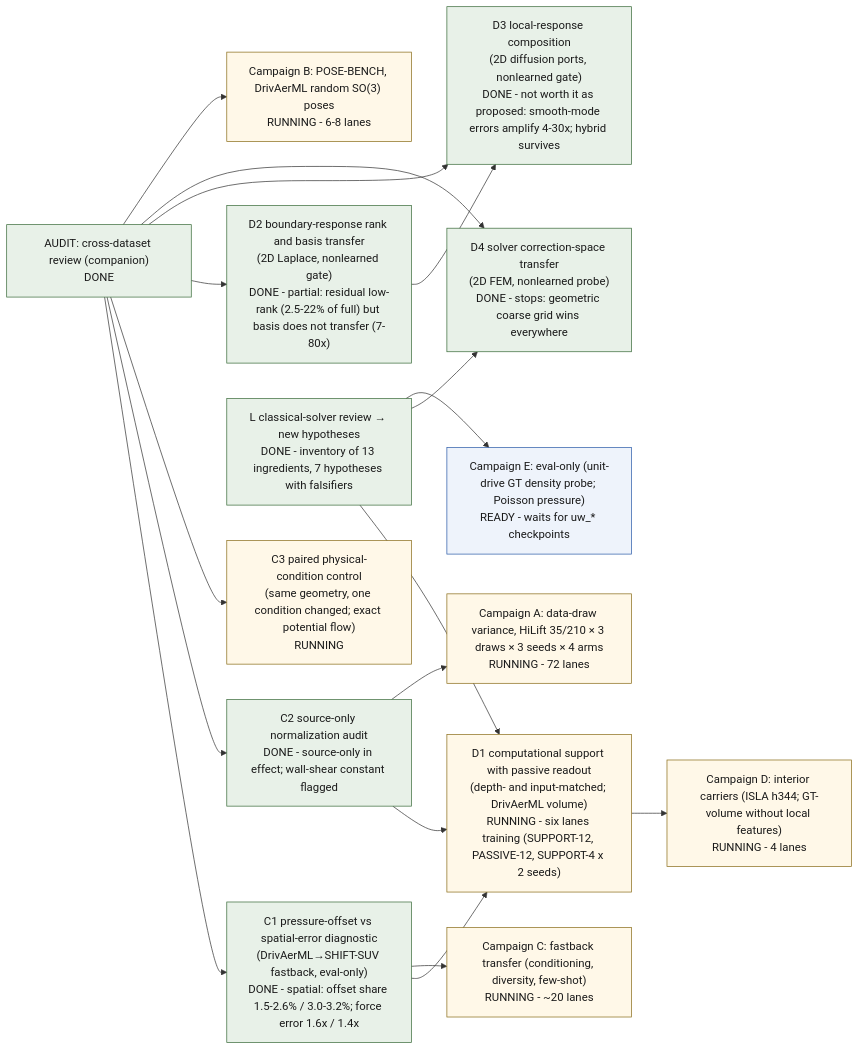
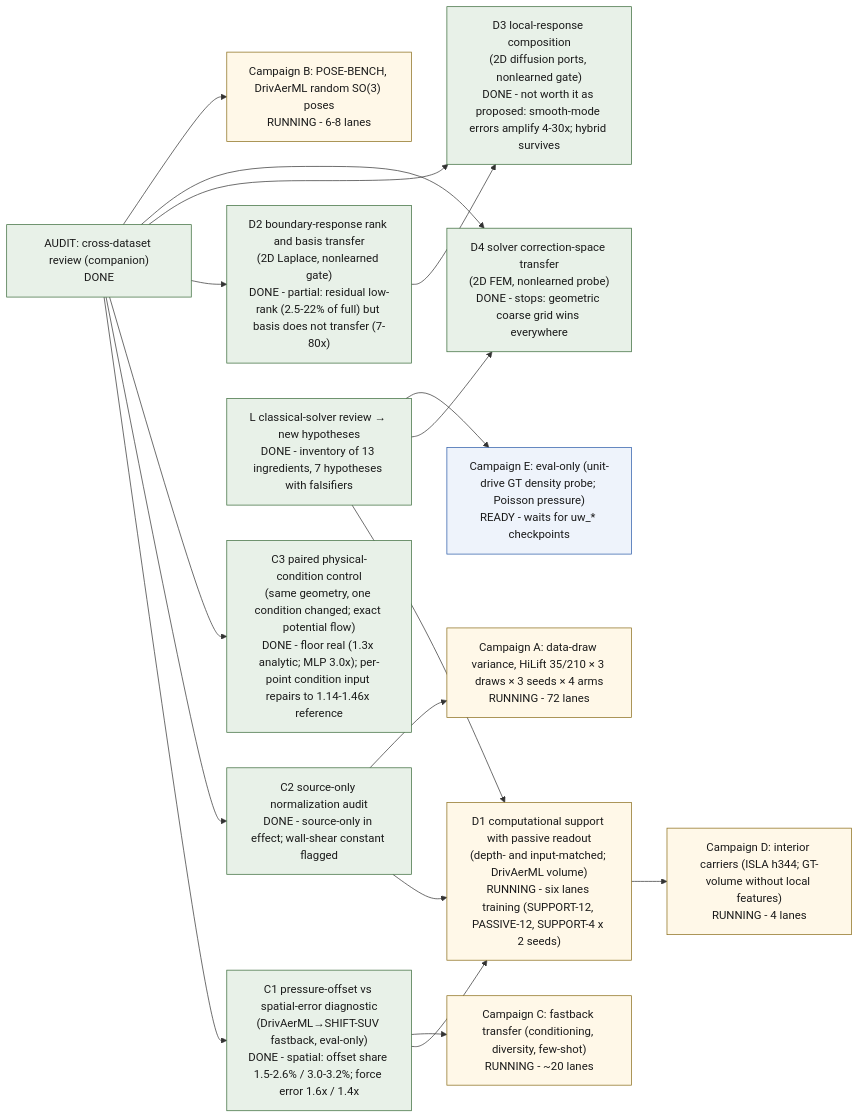
One commit to peterdsharpe/modulus changed the diagram in examples/cfd/mesh_transformer/research/transfer_program/index.qmd. Above: the diagram before and after it, drawn with Mermaid. The commit also changed other lines of this file and 2 other files, not shown here.

Commit message:
Transfer program: C3 paired-condition verdict (floor real and architecture-independent; per-point condition input repairs it), chapter 1, ledger

````diff
--- a/examples/cfd/mesh_transformer/research/transfer_program/index.qmd
+++ b/examples/cfd/mesh_transformer/research/transfer_program/index.qmd
@@ -36,37 +36,37 @@
 ```{mermaid}
 flowchart LR
   classDef done fill:#e8f1e8,stroke:#3a6b3a,color:#1a1a1a
   classDef running fill:#fff8e8,stroke:#8a6d1a,color:#1a1a1a
   classDef ready fill:#eef3fb,stroke:#2a5ba8,color:#1a1a1a
   classDef planned fill:#f2f1ec,stroke:#898781,color:#1a1a1a,stroke-dasharray:4 3
   AUDIT["AUDIT: cross-dataset review (companion)<br/>DONE"]:::done
   POFF["C1 pressure-offset vs spatial-error diagnostic<br/>(DrivAerML→SHIFT-SUV fastback, eval-only)<br/>DONE - spatial: offset share 1.5-2.6% / 3.0-3.2%; force error 1.6x / 1.4x"]:::done
   SNORM["C2 source-only normalization audit<br/>DONE - source-only in effect; wall-shear constant flagged"]:::done
-  PAIR["C3 paired physical-condition control<br/>(same geometry, one condition changed; exact potential flow)<br/>RUNNING"]:::running
+  PAIR["C3 paired physical-condition control<br/>(same geometry, one condition changed; exact potential flow)<br/>DONE - floor real (1.3x analytic; MLP 3.0x); per-point condition input repairs to 1.14-1.46x reference"]:::done
   SUPP["D1 computational support with passive readout<br/>(depth- and input-matched; DrivAerML volume)<br/>RUNNING - six lanes training (SUPPORT-12, PASSIVE-12, SUPPORT-4 x 2 seeds)"]:::running
   RESP["D2 boundary-response rank and basis transfer<br/>(2D Laplace, nonlearned gate)<br/>DONE - partial: residual low-rank (2.5-22% of full) but basis does not transfer (7-80x)"]:::done
   COMP["D3 local-response composition<br/>(2D diffusion ports, nonlearned gate)<br/>DONE - not worth it as proposed: smooth-mode errors amplify 4-30x; hybrid survives"]:::done
   SOLV["D4 solver correction-space transfer<br/>(2D FEM, nonlearned probe)<br/>DONE - stops: geometric coarse grid wins everywhere"]:::done
   CLASS["L classical-solver review → new hypotheses<br/>DONE - inventory of 13 ingredients, 7 hypotheses with falsifiers"]:::done
   CAMPA["Campaign A: data-draw variance, HiLift 35/210 × 3 draws × 3 seeds × 4 arms<br/>RUNNING - 72 lanes"]:::running
   CAMPB["Campaign B: POSE-BENCH, DrivAerML random SO(3) poses<br/>RUNNING - 6-8 lanes"]:::running
   CAMPC["Campaign C: fastback transfer (conditioning, diversity, few-shot)<br/>RUNNING - ~20 lanes"]:::running
   CAMPD["Campaign D: interior carriers (ISLA h344; GT-volume without local features)<br/>RUNNING - 4 lanes"]:::running
   CAMPE["Campaign E: eval-only (unit-drive GT density probe; Poisson pressure)<br/>READY - waits for uw_* checkpoints"]:::ready
   AUDIT --> POFF
   AUDIT --> SNORM
   AUDIT --> PAIR
   POFF --> SUPP
   SNORM --> SUPP
   AUDIT --> RESP
   AUDIT --> COMP
   AUDIT --> SOLV
   RESP --> COMP
   CLASS --> SUPP
   CLASS --> SOLV
   POFF --> CAMPC
   SNORM --> CAMPA
   CLASS --> CAMPE
   SUPP --> CAMPD
   AUDIT --> CAMPB
 ```
````
